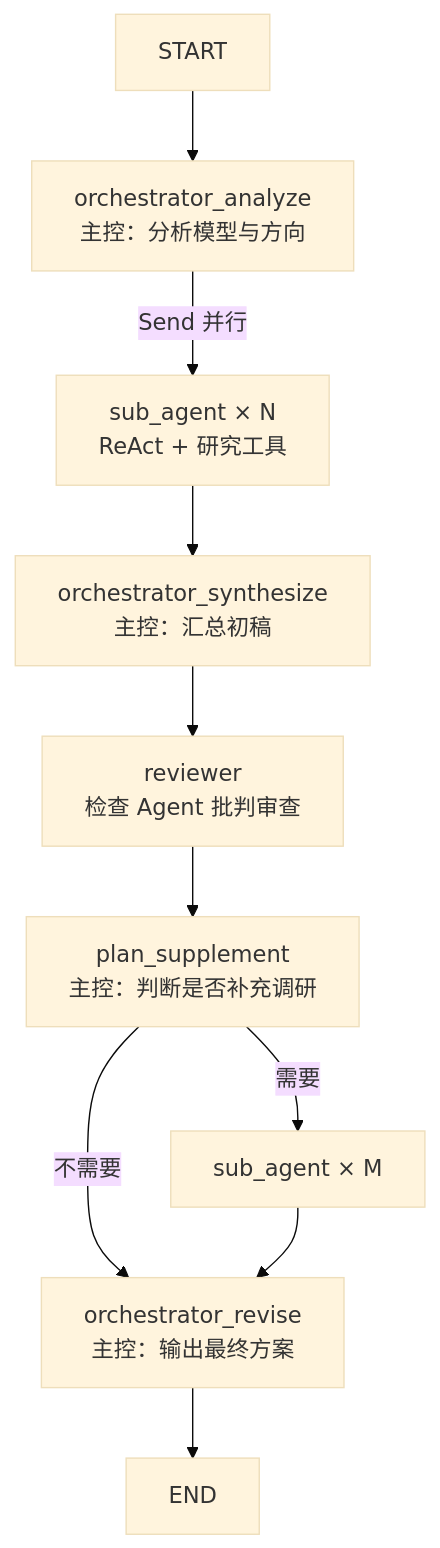
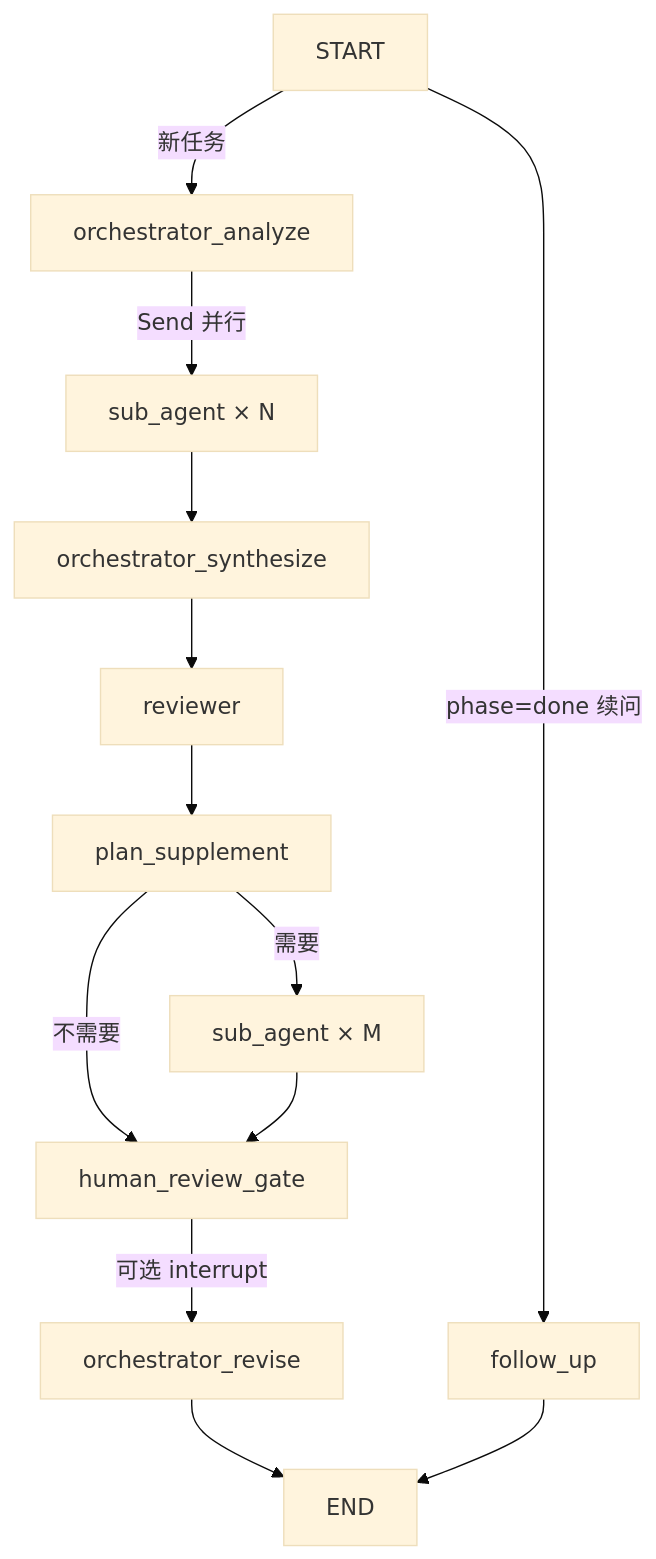
Before and after one commit to Laniccc/LangAgentStudy_A: the diagram in docs/语音鉴伪研究工作流.md, drawn with Mermaid (base theme). The commit also changed other lines of this file and 25 other files, not shown here.

````diff
--- a/docs/语音鉴伪研究工作流.md
+++ b/docs/语音鉴伪研究工作流.md
@@ -17,12 +19,15 @@
 ```mermaid
 flowchart TB
-    START --> A[orchestrator_analyze<br/>主控：分析模型与方向]
-    A -->|Send 并行| S[sub_agent × N<br/>ReAct + 研究工具]
-    S --> B[orchestrator_synthesize<br/>主控：汇总初稿]
-    B --> C[reviewer<br/>检查 Agent 批判审查]
-    C --> D[plan_supplement<br/>主控：判断是否补充调研]
+    START -->|新任务| A[orchestrator_analyze]
+    START -->|phase=done 续问| F[follow_up]
+    A -->|Send 并行| S[sub_agent × N]
+    S --> B[orchestrator_synthesize]
+    B --> C[reviewer]
+    C --> D[plan_supplement]
     D -->|需要| S2[sub_agent × M]
-    D -->|不需要| E[orchestrator_revise<br/>主控：输出最终方案]
-    S2 --> E
+    D -->|不需要| H[human_review_gate]
+    S2 --> H
+    H -->|可选 interrupt| E[orchestrator_revise]
     E --> END
+    F --> END
 ```
````
